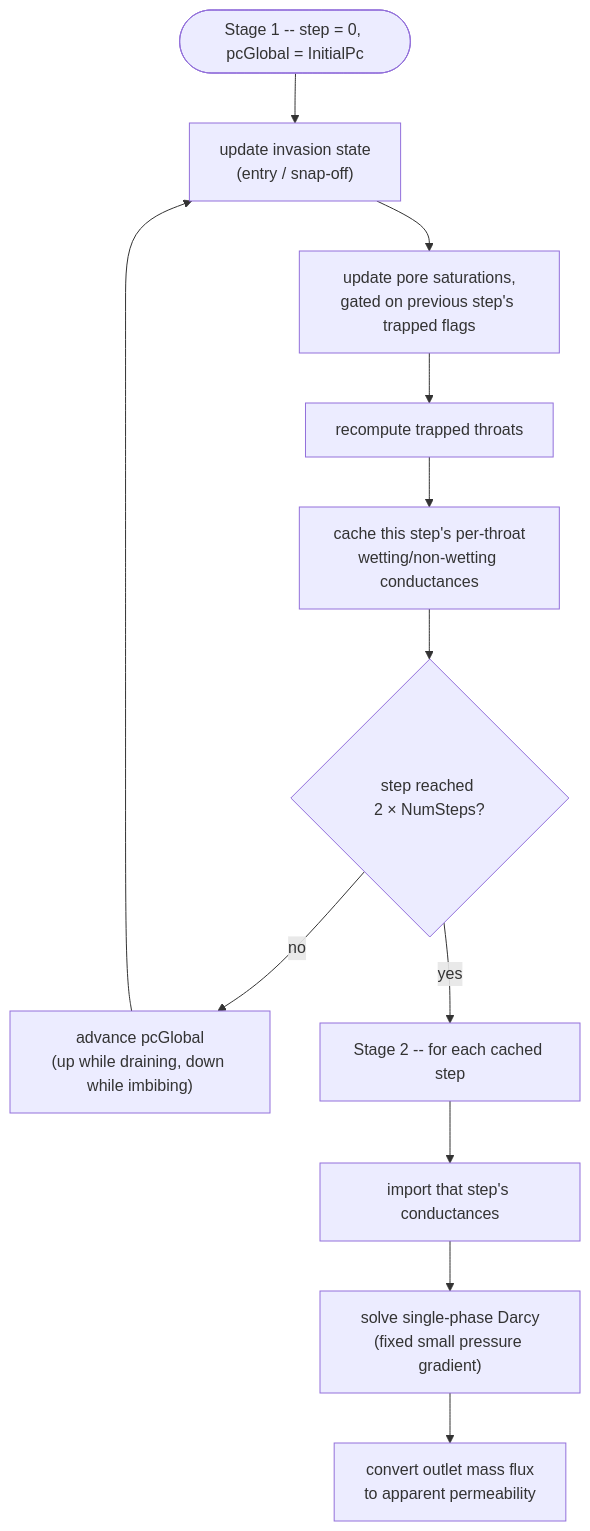
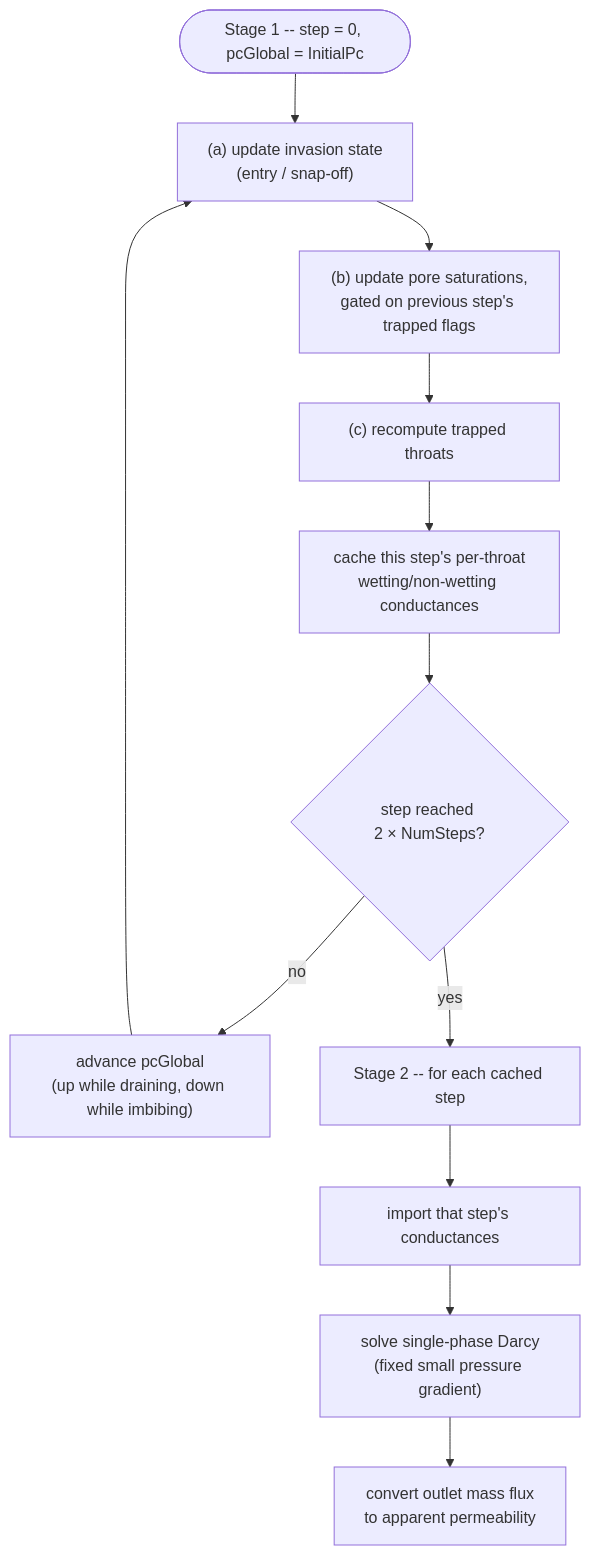
The first of 3 diagrams in examples/porenetwork_upscaling_twophase/README.md (dumux/dumux), drawn with Mermaid before and after one commit. The commit also changed other lines of this file and 3 other files, not shown here.

````diff
--- a/examples/porenetwork_upscaling_twophase/README.md
+++ b/examples/porenetwork_upscaling_twophase/README.md
@@ -77,14 +119,14 @@
 ```mermaid
 flowchart TD
-    S0(["Stage 1 -- step = 0, pcGlobal = InitialPc"]) --> Inv["update invasion state<br/>(entry / snap-off)"]
-    Inv --> Sat["update pore saturations,<br/>gated on previous step's trapped flags"]
-    Sat --> Trap["recompute trapped throats"]
+    S0(["Stage 1 -- step = 0, pcGlobal = InitialPc"]) --> Inv["(a) update invasion state<br/>(entry / snap-off)"]
+    Inv --> Sat["(b) update pore saturations,<br/>gated on previous step's trapped flags"]
+    Sat --> Trap["(c) recompute trapped throats"]
     Trap --> Cache["cache this step's per-throat<br/>wetting/non-wetting conductances"]
     Cache --> Last{"step reached 2&nbsp;&times;&nbsp;NumSteps?"}
     Last -- no --> Adv["advance pcGlobal<br/>(up while draining, down while imbibing)"]
     Adv --> Inv
     Last -- yes --> S2Start["Stage 2 -- for each cached step"]
     S2Start --> Import["import that step's conductances"]
     Import --> Solve["solve single-phase Darcy<br/>(fixed small pressure gradient)"]
     Solve --> Perm["convert outlet mass flux<br/>to apparent permeability"]
 ```
````
